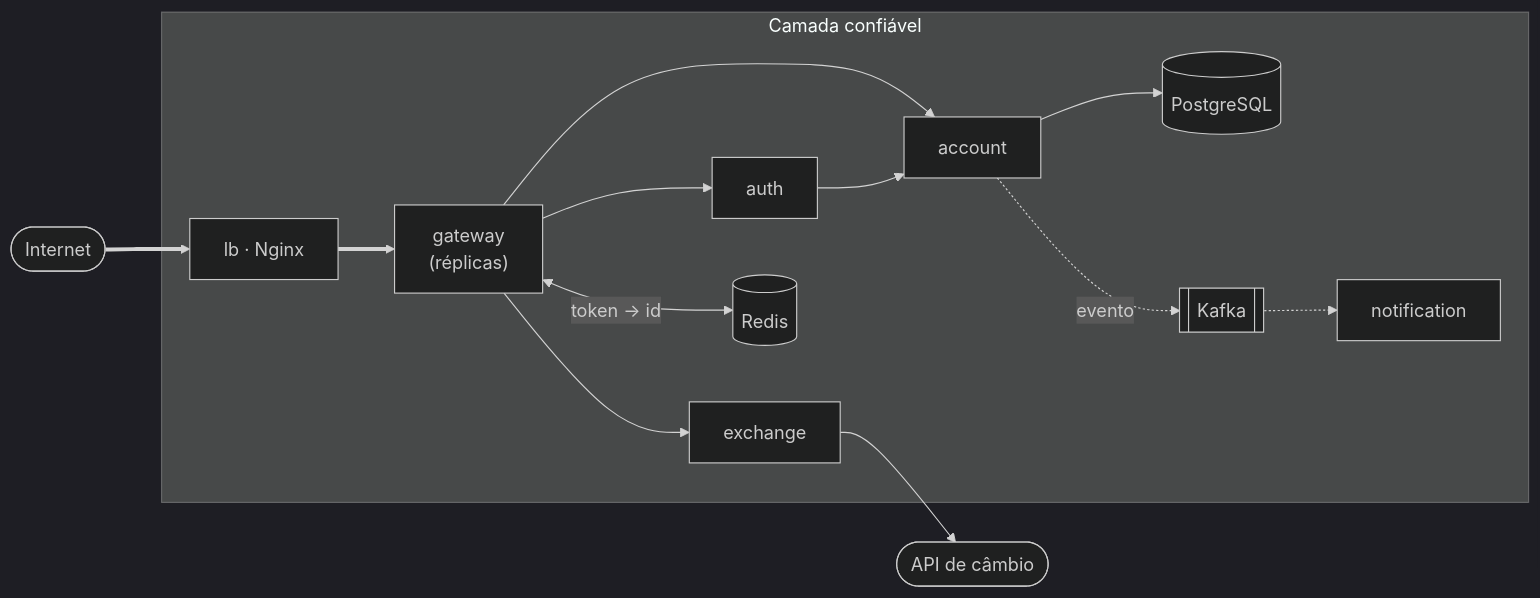
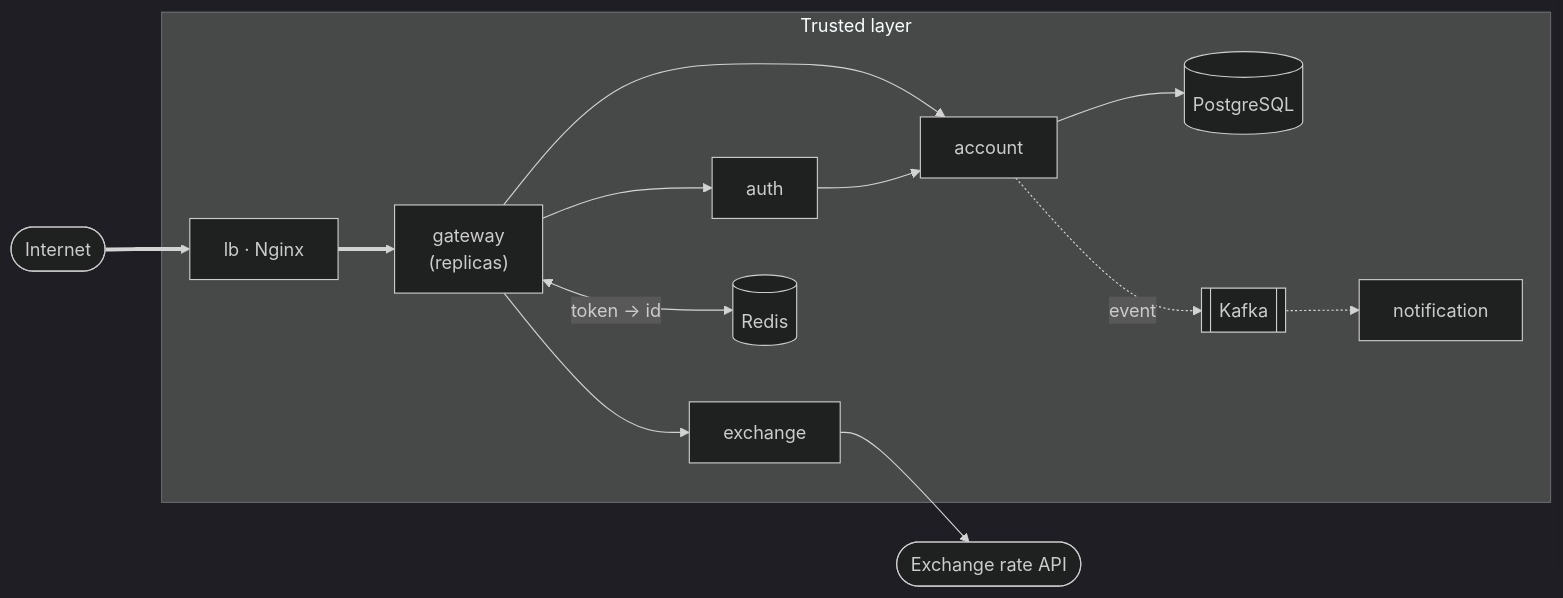
The first of 2 diagrams in docs/projeto.md (souzxxx/platform-docs), drawn with Mermaid (dark theme) before and after one commit. The commit also changed other lines of this file and 15 other files, not shown here.

````diff
--- a/docs/projeto.md
+++ b/docs/projeto.md
@@ -8,15 +8,15 @@
 ``` mermaid
 flowchart LR
     internet([Internet]) ==> lb["lb · Nginx"]
-    subgraph trusted [Camada confiável]
-        lb ==> gw["gateway<br/>(réplicas)"]
+    subgraph trusted [Trusted layer]
+        lb ==> gw["gateway<br/>(replicas)"]
         gw --> auth
         gw --> account
         gw --> exchange
         gw <-->|token → id| redis[(Redis)]
         auth --> account
         account --> db[(PostgreSQL)]
-        account -.->|evento| kafka[[Kafka]] -.-> notification
+        account -.->|event| kafka[[Kafka]] -.-> notification
     end
-    exchange --> api3([API de câmbio])
+    exchange --> api3([Exchange rate API])
 ```
````
